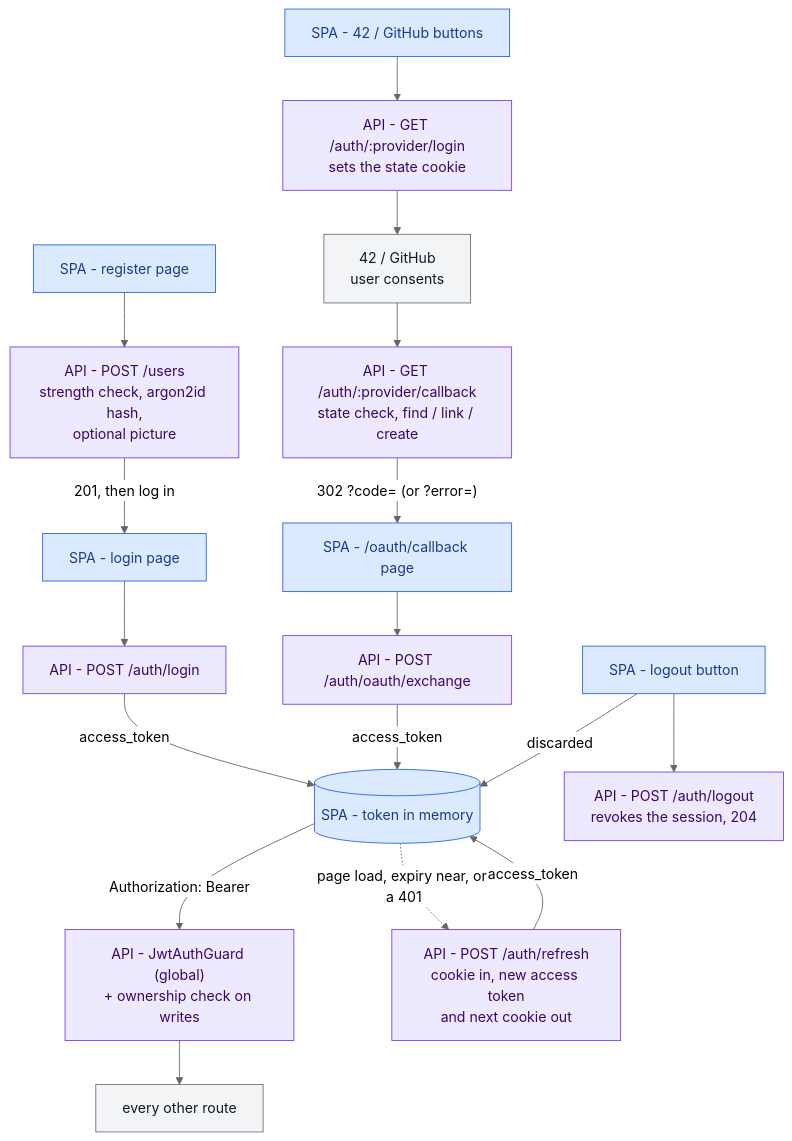
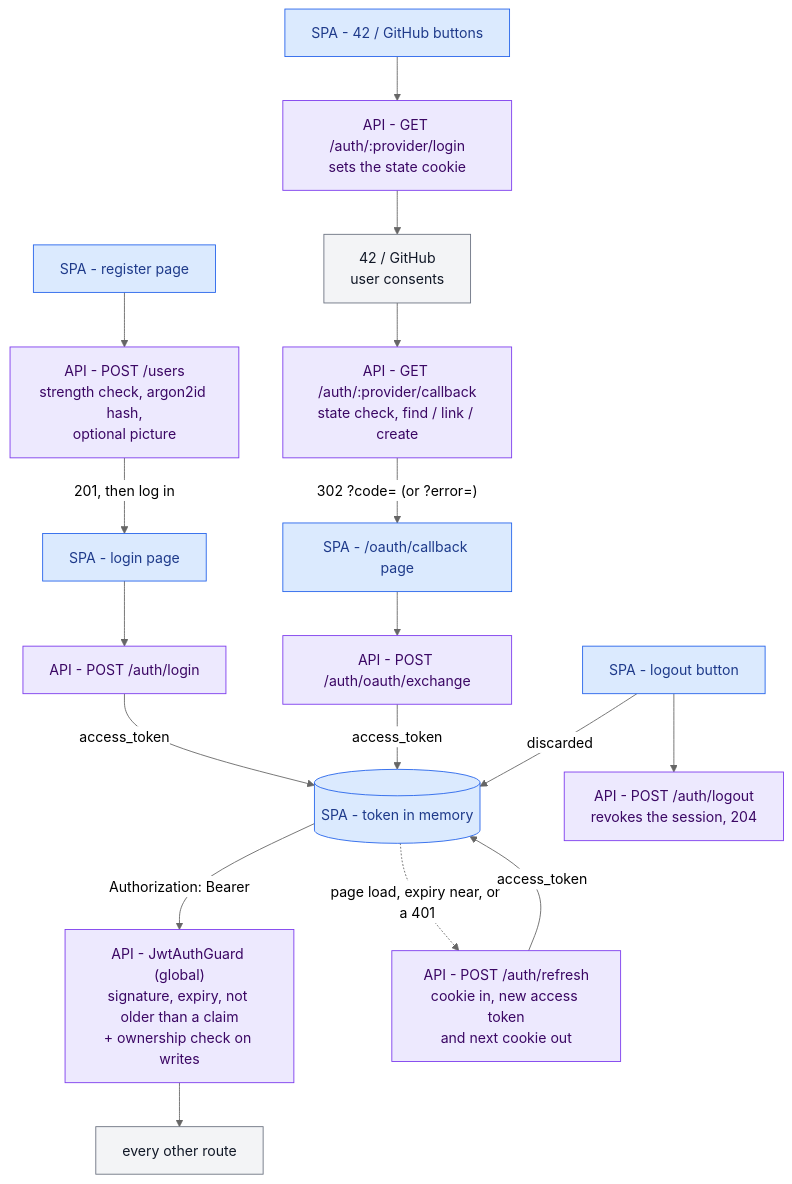
Before and after one commit to kidp8479/42_hypertube: the first of 17 diagrams in docs/diagrams/auth.md, drawn with Mermaid (neutral theme). The commit also changed other lines of this file and 13 other files, not shown here.

First line of the commit message:
fix(HYP-149): an access token issued before an OAuth claim stops working

````diff
--- a/docs/diagrams/auth.md
+++ b/docs/diagrams/auth.md
@@ -20,29 +20,29 @@
 ```mermaid
 flowchart TD
     reg["SPA - register page"] --> postUsers["API - POST /users<br/>strength check, argon2id hash,<br/>optional picture"]
     postUsers -- "201, then log in" --> login["SPA - login page"]
     login --> postLogin["API - POST /auth/login"]
 
     btns["SPA - 42 / GitHub buttons"] --> oLogin["API - GET /auth/:provider/login<br/>sets the state cookie"]
     oLogin --> prov["42 / GitHub<br/>user consents"]
     prov --> oCb["API - GET /auth/:provider/callback<br/>state check, find / link / create"]
     oCb -- "302 ?code= (or ?error=)" --> cbpage["SPA - /oauth/callback page"]
     cbpage --> exch["API - POST /auth/oauth/exchange"]
 
     postLogin -- "access_token" --> token[("SPA - token in memory")]
     exch -- "access_token" --> token
-    token -- "Authorization: Bearer" --> jwt["API - JwtAuthGuard (global)<br/>+ ownership check on writes"]
+    token -- "Authorization: Bearer" --> jwt["API - JwtAuthGuard (global)<br/>signature, expiry, not older than a claim<br/>+ ownership check on writes"]
     jwt --> routes["every other route"]
     token -. "page load, expiry near, or a 401" .-> refresh["API - POST /auth/refresh<br/>cookie in, new access token<br/>and next cookie out"]
     refresh -- "access_token" --> token
 
     out["SPA - logout button"] --> postLogout["API - POST /auth/logout<br/>revokes the session, 204"]
     out -- "discarded" --> token
 
     classDef spa fill:#dbeafe,stroke:#2563eb,color:#1e3a8a
     classDef api fill:#ede9fe,stroke:#7c3aed,color:#3b0764
     classDef ext fill:#f3f4f6,stroke:#6b7280,color:#111827
     class reg,login,btns,cbpage,token,out spa
     class postUsers,postLogin,oLogin,oCb,exch,jwt,postLogout,refresh api
     class prov,routes ext
 ```
````
